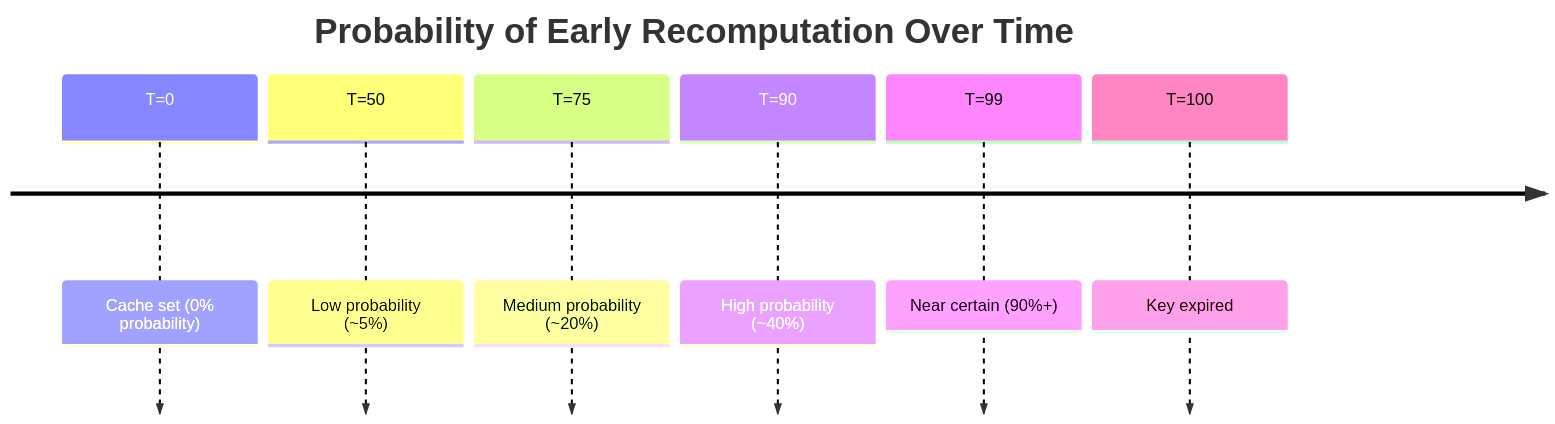
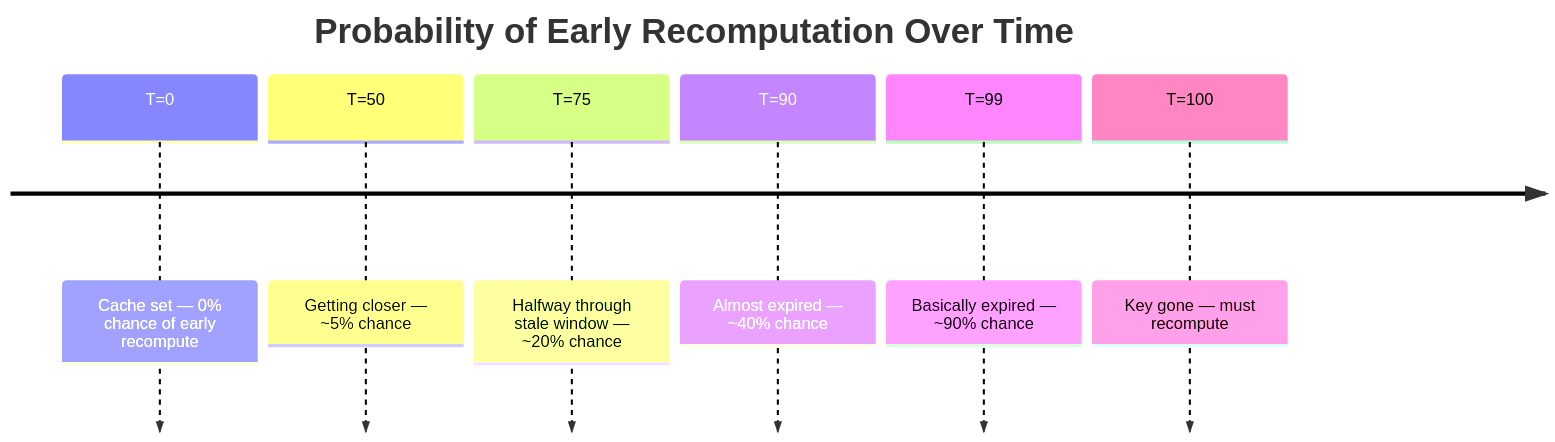
The third of 7 diagrams in content/posts/39-caching-strategies.md (g-savitha/portfolio), drawn with Mermaid before and after one commit. The commit also changed other lines of this file, not shown here.

````diff
--- a/content/posts/39-caching-strategies.md
+++ b/content/posts/39-caching-strategies.md
@@ -91,10 +132,10 @@
 ```mermaid
 timeline
     title Probability of Early Recomputation Over Time
-    T=0   : Cache set (0% probability)
-    T=50  : Low probability (~5%)
-    T=75  : Medium probability (~20%)
-    T=90  : High probability (~40%)
-    T=99  : Near certain (90%+)
-    T=100 : Key expired
+    T=0   : Cache set — 0% chance of early recompute
+    T=50  : Getting closer — ~5% chance
+    T=75  : Halfway through stale window — ~20% chance
+    T=90  : Almost expired — ~40% chance
+    T=99  : Basically expired — ~90% chance
+    T=100 : Key gone — must recompute
 ```
````
